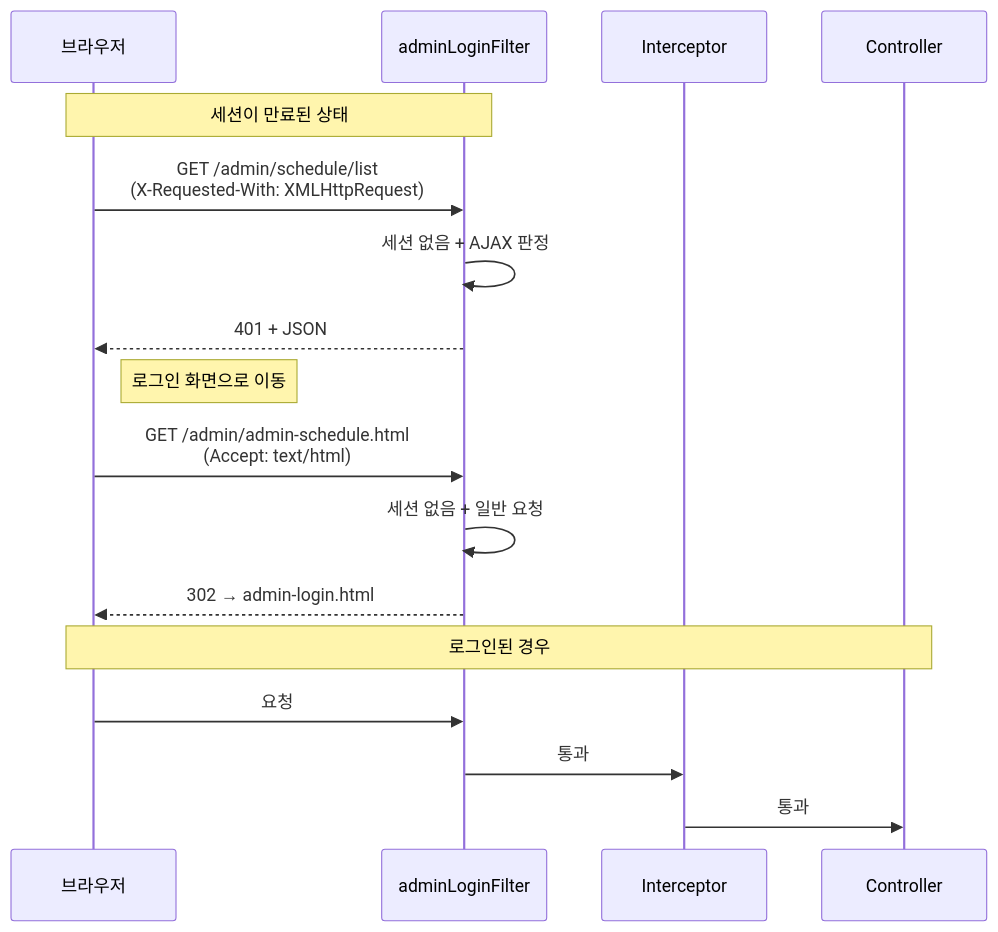
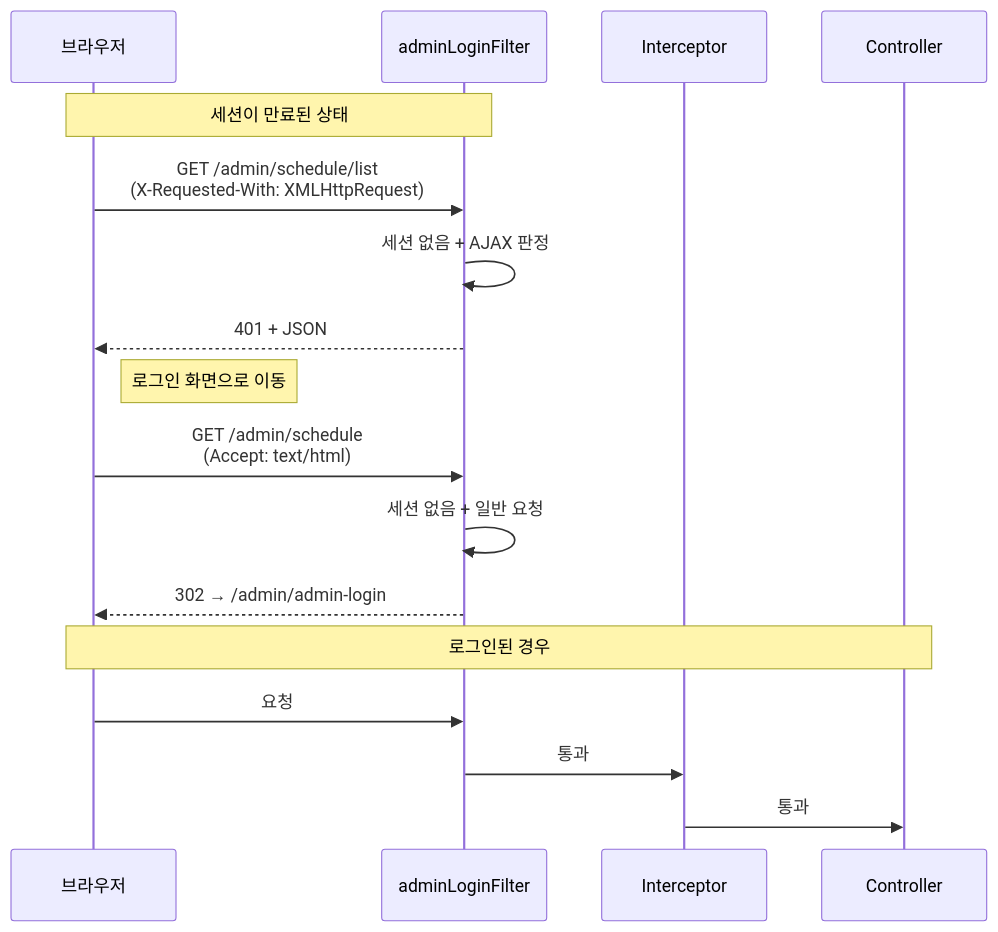
Before and after one commit to sooindev/YETI-125: the fourth of 6 diagrams in README.md, drawn with Mermaid. The commit also changed other lines of this file and 20 other files, not shown here.

````diff
--- a/README.md
+++ b/README.md
@@ -297,23 +297,23 @@
 ```mermaid
 sequenceDiagram
     participant B as 브라우저
     participant F as adminLoginFilter
     participant I as Interceptor
     participant C as Controller
 
     Note over B,F: 세션이 만료된 상태
 
     B->>F: GET /admin/schedule/list<br/>(X-Requested-With: XMLHttpRequest)
     F->>F: 세션 없음 + AJAX 판정
     F-->>B: 401 + JSON
     Note right of B: 로그인 화면으로 이동
 
-    B->>F: GET /admin/admin-schedule.html<br/>(Accept: text/html)
+    B->>F: GET /admin/schedule<br/>(Accept: text/html)
     F->>F: 세션 없음 + 일반 요청
-    F-->>B: 302 → admin-login.html
+    F-->>B: 302 → /admin/admin-login
 
     Note over B,C: 로그인된 경우
     B->>F: 요청
     F->>I: 통과
     I->>C: 통과
 ```
````
